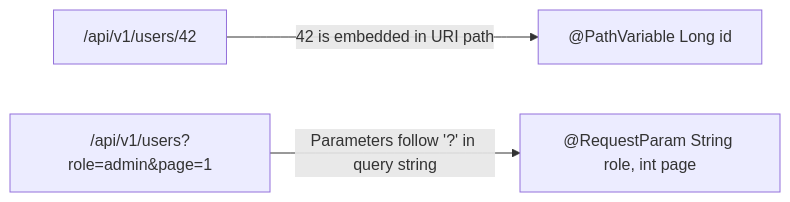
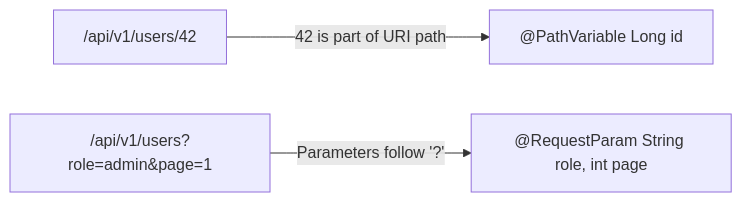
One commit to rohithgowda18/Notes changed diagram 14 of 21 in 06-Java-and-Spring-Boot/Spring Boot Interview Guide.md. Above: the diagram before and after it, drawn with Mermaid. The commit also changed other lines of this file, not shown here.

````diff
--- a/06-Java-and-Spring-Boot/Spring Boot Interview Guide.md
+++ b/06-Java-and-Spring-Boot/Spring Boot Interview Guide.md
@@ -1010,5 +782,5 @@
 ```mermaid
 flowchart LR
-    URL1["/api/v1/users/42"] -->|"42 is embedded in URI path"| PV["@PathVariable Long id"]
-    URL2["/api/v1/users?role=admin&page=1"] -->|"Parameters follow '?' in query string"| RP["@RequestParam String role, int page"]
+    URL1["/api/v1/users/42"] -->|"42 is part of URI path"| PV["@PathVariable Long id"]
+    URL2["/api/v1/users?role=admin&page=1"] -->|"Parameters follow '?'"| RP["@RequestParam String role, int page"]
 ```
````
